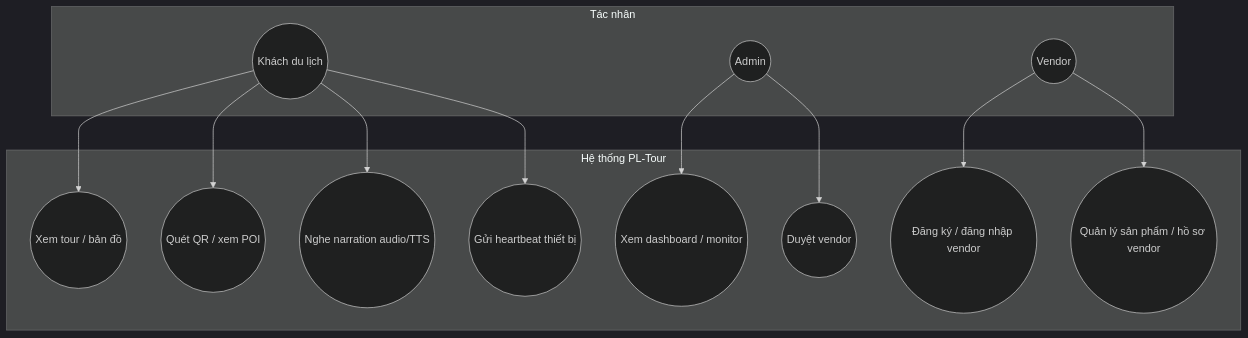
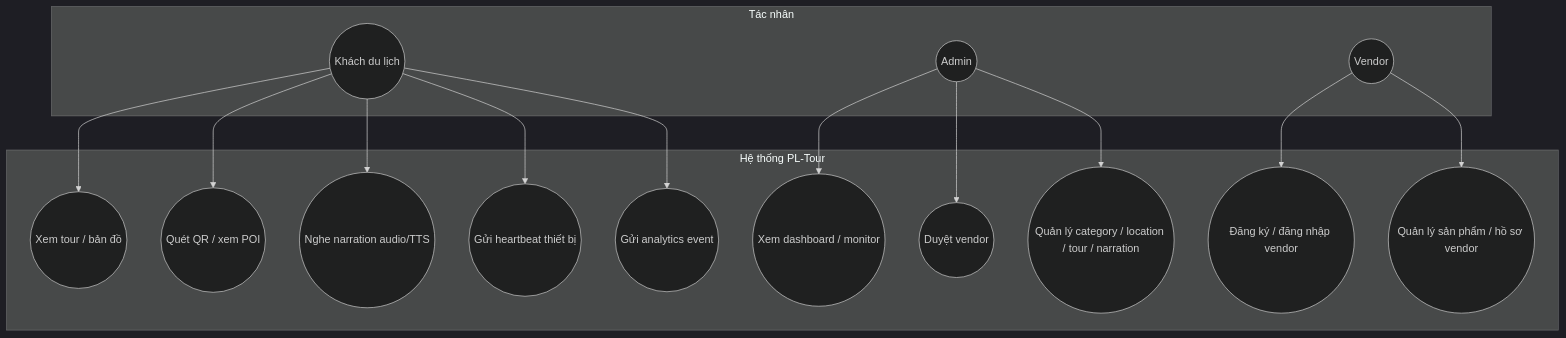
Before and after one commit to Hantieus/PL-Tour: the second of 8 diagrams in PRD_PLTour.md, drawn with Mermaid (dark theme). The commit also changed other lines of this file, not shown here.

````diff
--- a/PRD_PLTour.md
+++ b/PRD_PLTour.md
@@ -151,28 +219,32 @@
 ```mermaid
 flowchart TB
   subgraph Actors["Tác nhân"]
     U1((Khách du lịch))
     U2((Admin))
     U3((Vendor))
   end
 
   subgraph System["Hệ thống PL-Tour"]
     UC1((Xem tour / bản đồ))
     UC2((Quét QR / xem POI))
     UC3((Nghe narration audio/TTS))
     UC4((Gửi heartbeat thiết bị))
-    UC5((Xem dashboard / monitor))
-    UC6((Duyệt vendor))
-    UC7((Đăng ký / đăng nhập vendor))
-    UC8((Quản lý sản phẩm / hồ sơ vendor))
+    UC5((Gửi analytics event))
+    UC6((Xem dashboard / monitor))
+    UC7((Duyệt vendor))
+    UC8((Đăng ký / đăng nhập vendor))
+    UC9((Quản lý sản phẩm / hồ sơ vendor))
+    UC10((Quản lý category / location / tour / narration))
   end
 
   U1 --> UC1
   U1 --> UC2
   U1 --> UC3
   U1 --> UC4
-  U2 --> UC5
+  U1 --> UC5
   U2 --> UC6
-  U3 --> UC7
+  U2 --> UC7
+  U2 --> UC10
   U3 --> UC8
+  U3 --> UC9
 ```
````
